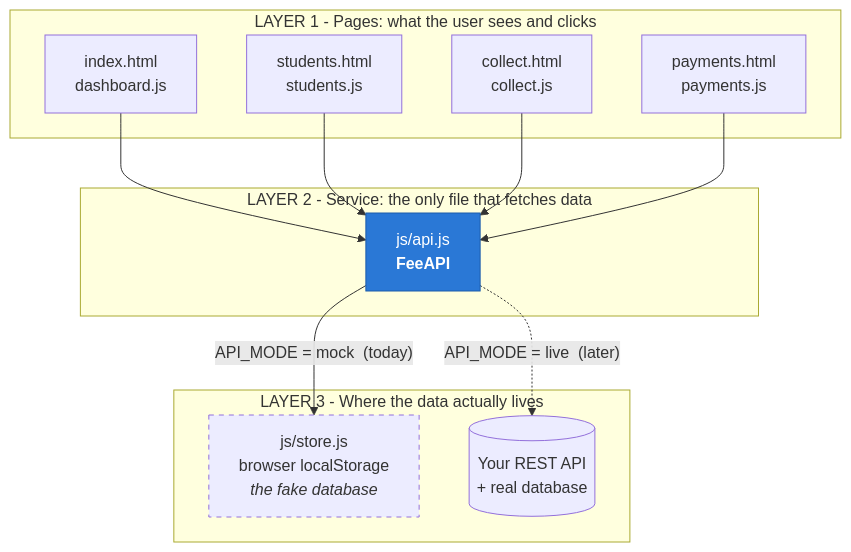
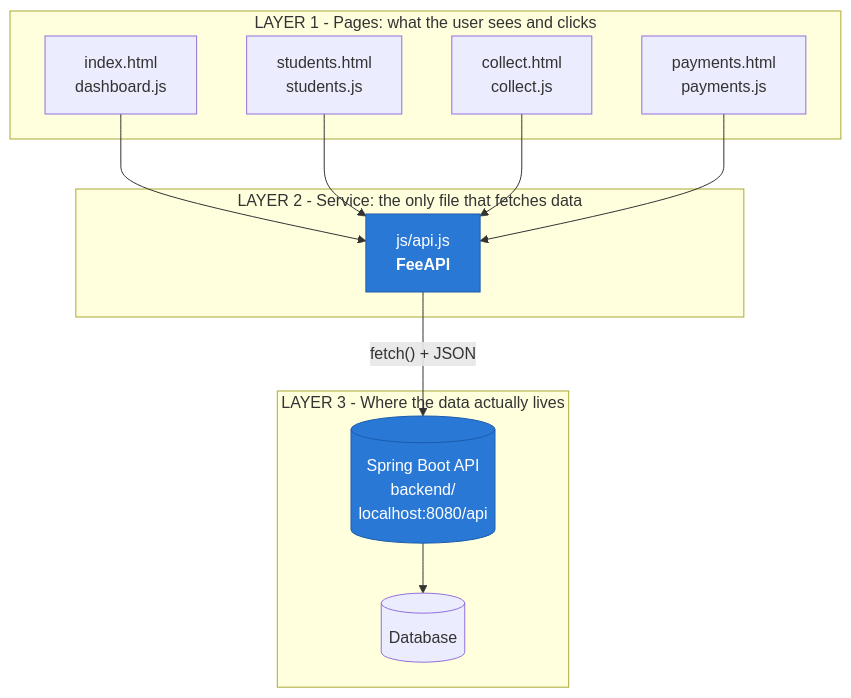
One commit to rahulsimhachalam4360-maker/EnrollX changed the first of 7 diagrams in docs/architecture.md. Above: the diagram before and after it, drawn with Mermaid. The commit also changed other lines of this file and 8 other files, not shown here.

First line of the commit message:
Point the UI at the API and drop the localStorage mock

````diff
--- a/docs/architecture.md
+++ b/docs/architecture.md
@@ -17,29 +16,29 @@
 ```mermaid
 flowchart TD
     subgraph L1["LAYER 1 - Pages: what the user sees and clicks"]
         A1["index.html<br/>dashboard.js"]
         A2["students.html<br/>students.js"]
         A3["collect.html<br/>collect.js"]
         A4["payments.html<br/>payments.js"]
     end
 
     subgraph L2["LAYER 2 - Service: the only file that fetches data"]
         B["js/api.js<br/><b>FeeAPI</b>"]
     end
 
     subgraph L3["LAYER 3 - Where the data actually lives"]
-        C["js/store.js<br/>browser localStorage<br/><i>the fake database</i>"]
-        D[("Your REST API<br/>+ real database")]
+        D[("Spring Boot API<br/>backend/<br/>localhost:8080/api")]
+        E[("Database")]
     end
 
     A1 --> B
     A2 --> B
     A3 --> B
     A4 --> B
 
-    B -->|"API_MODE = mock &nbsp;(today)"| C
-    B -.->|"API_MODE = live &nbsp;(later)"| D
+    B -->|"fetch() + JSON"| D
+    D --> E
 
     style B fill:#2a78d6,stroke:#1c5cab,color:#fff
-    style C stroke-dasharray: 5 5
+    style D fill:#2a78d6,stroke:#1c5cab,color:#fff
 ```
````
